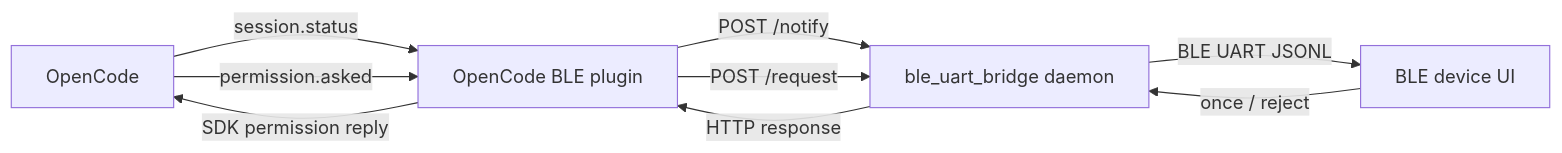
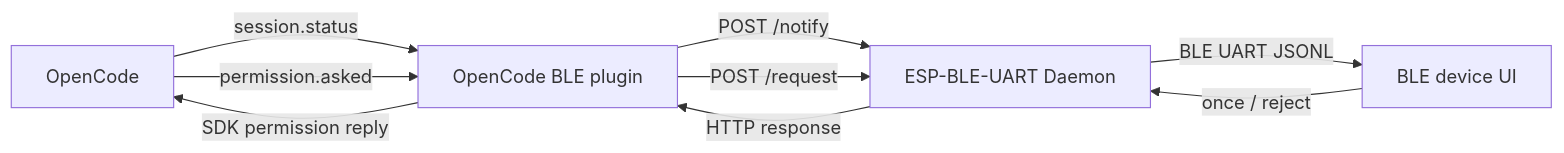
One commit to espressif/esp-idf changed the diagram in tools/ble/ble_uart_bridge/demos/opencode/README.md. Above: the diagram before and after it, drawn with Mermaid. The commit also changed other lines of this file and 29 other files, not shown here.

First line of the commit message:
docs(ble): add ESP-BLE-UART companion guide

````diff
--- a/tools/ble/ble_uart_bridge/demos/opencode/README.md
+++ b/tools/ble/ble_uart_bridge/demos/opencode/README.md
@@ -39,11 +39,11 @@
 ```mermaid
 flowchart LR
     OC[OpenCode] -->|session.status| Plugin[OpenCode BLE plugin]
     OC -->|permission.asked| Plugin
-    Plugin -->|POST /notify| Daemon[ble_uart_bridge daemon]
+    Plugin -->|POST /notify| Daemon[ESP-BLE-UART Daemon]
     Plugin -->|POST /request| Daemon
     Daemon -->|BLE UART JSONL| Device[BLE device UI]
     Device -->|once / reject| Daemon
     Daemon -->|HTTP response| Plugin
     Plugin -->|SDK permission reply| OC
 ```
````
